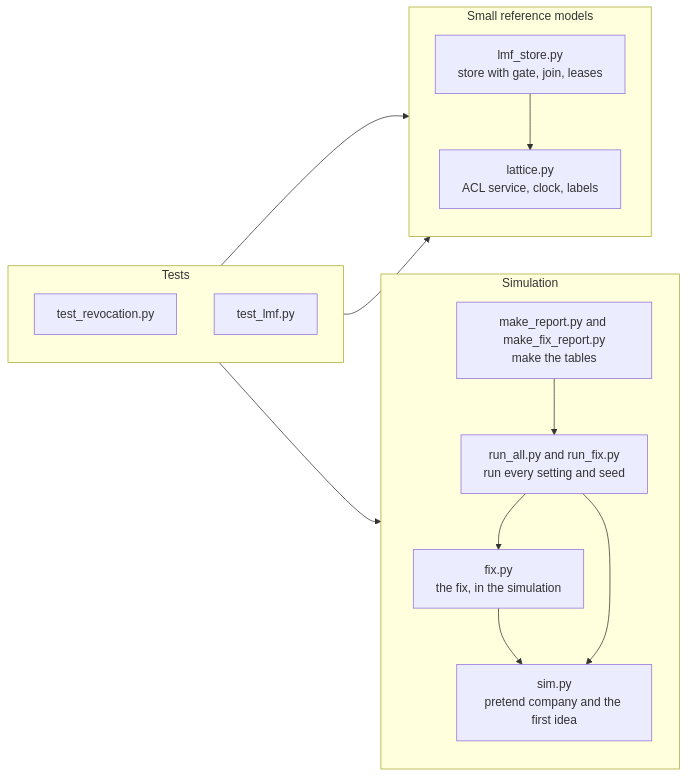
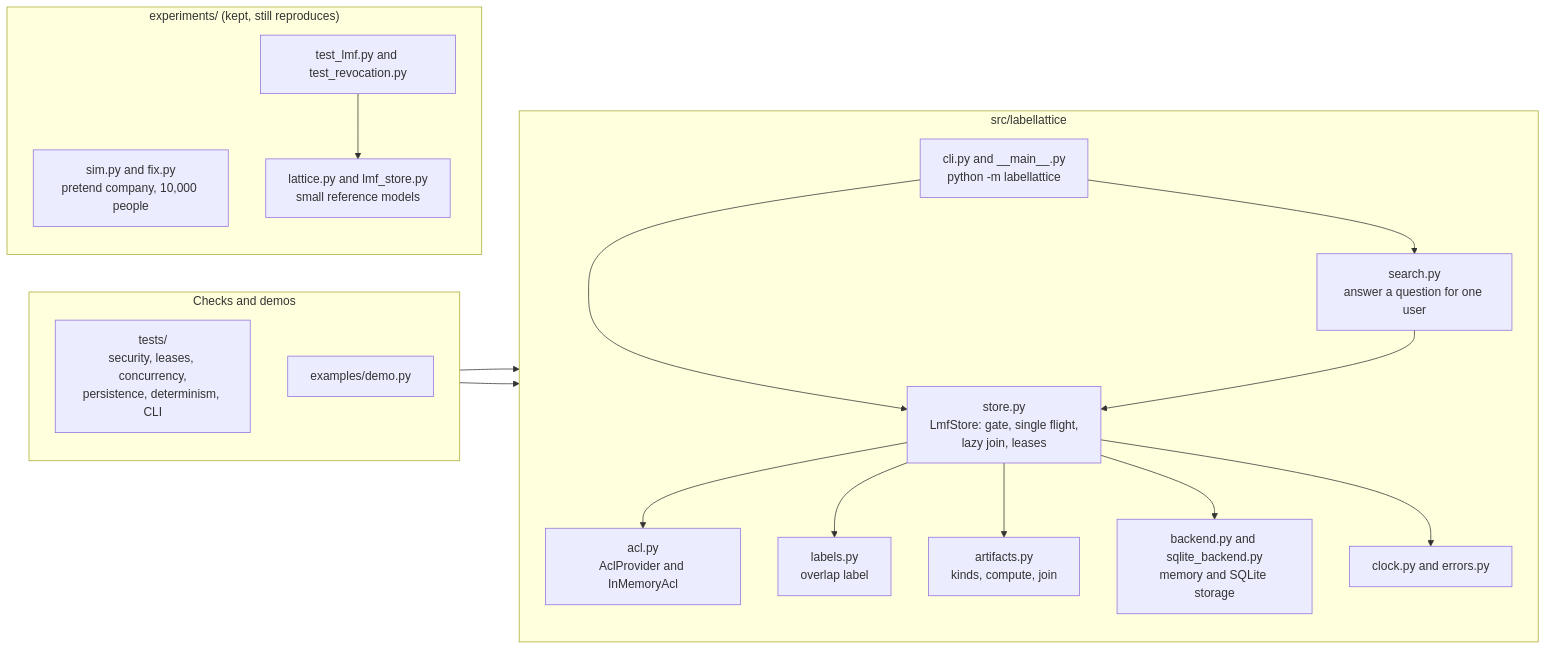
Before and after one commit to mahimn01/label-lattice: the fifth of 5 diagrams in README.md, drawn with Mermaid. The commit also changed other lines of this file, not shown here.

Commit message:
Rewrite the README: quick start, real vs simulated, updated diagrams

````diff
--- a/README.md
+++ b/README.md
@@ -139,28 +203,36 @@
 ```mermaid
 flowchart LR
-    subgraph SIMU["Simulation"]
+    subgraph LIB["src/labellattice"]
         direction TB
-        SIM["sim.py<br/>pretend company and the first idea"]
-        FIX["fix.py<br/>the fix, in the simulation"]
-        RUN["run_all.py and run_fix.py<br/>run every setting and seed"]
-        REP["make_report.py and make_fix_report.py<br/>make the tables"]
+        CLI["cli.py and __main__.py<br/>python -m labellattice"]
+        SRCH["search.py<br/>answer a question for one user"]
+        STORE["store.py<br/>LmfStore: gate, single flight,<br/>lazy join, leases"]
+        ACLM["acl.py<br/>AclProvider and InMemoryAcl"]
+        LAB["labels.py<br/>overlap label"]
+        ART["artifacts.py<br/>kinds, compute, join"]
+        BK["backend.py and sqlite_backend.py<br/>memory and SQLite storage"]
+        MISC["clock.py and errors.py"]
     end
-    subgraph REF["Small reference models"]
+    CLI --> SRCH
+    CLI --> STORE
+    SRCH --> STORE
+    STORE --> ACLM
+    STORE --> LAB
+    STORE --> ART
+    STORE --> BK
+    STORE --> MISC
+    subgraph CHK["Checks and demos"]
         direction TB
-        LAT["lattice.py<br/>ACL service, clock, labels"]
-        LMF["lmf_store.py<br/>store with gate, join, leases"]
+        TST["tests/<br/>security, leases, concurrency,<br/>persistence, determinism, CLI"]
+        EX["examples/demo.py"]
     end
-    subgraph TESTS["Tests"]
+    TST --> STORE
+    EX --> STORE
+    subgraph EXP["experiments/ (kept, still reproduces)"]
         direction TB
-        T1["test_revocation.py"]
-        T2["test_lmf.py"]
+        SIM["sim.py and fix.py<br/>pretend company, 10,000 people"]
+        REFM["lattice.py and lmf_store.py<br/>small reference models"]
+        ETST["test_lmf.py and test_revocation.py"]
     end
-    FIX --> SIM
-    RUN --> SIM
-    RUN --> FIX
-    REP --> RUN
-    LMF --> LAT
-    T1 --> LAT
-    T2 --> LMF
-    T2 --> FIX
+    ETST --> REFM
 ```
````
